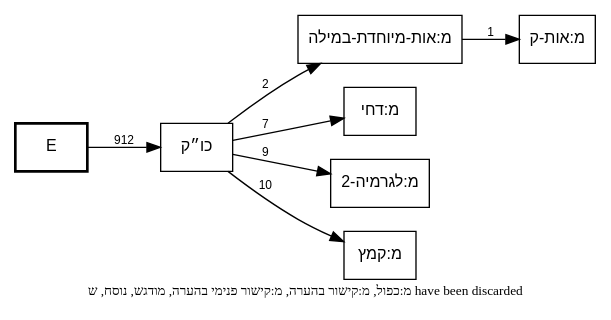
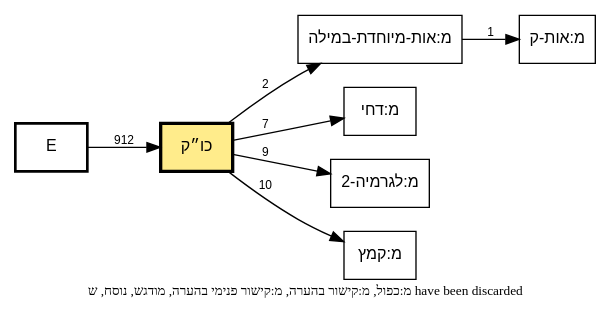
One commit to bdenckla/MAM-basics changed the diagram in out/MAM-tmpl-survey/plus-kuk-call-graph.dot. Above: the diagram before and after it, drawn with Graphviz. The commit also changed 11 other files, not shown here.

First line of the commit message:
Highlight focus node in focused template call graphs

```diff
--- a/out/MAM-tmpl-survey/plus-kuk-call-graph.dot
+++ b/out/MAM-tmpl-survey/plus-kuk-call-graph.dot
@@ -1,26 +1,27 @@
 // This file was generated by MAM-basics/py/main_tmpl_survey.py.
 // Do not edit by hand.
 digraph template_call_graph {
     rankdir=LR;
     node [fontname="SBL Hebrew,Helvetica", fontsize=12];
     edge [fontname="Helvetica", fontsize=9];
     graph [comment="This file was generated by MAM-basics/py/main_tmpl_survey.py."];
 
     // Column nodes
     node [shape=box, style=bold];
     "E";
 
     // Template nodes
     node [shape=box, style=""];
+    "כו״ק" [fillcolor="lightgoldenrod1", style="filled", penwidth=2.5];
 
     // Note
     graph [label="מ:כפול, מ:קישור בהערה, מ:קישור פנימי בהערה, מודגש, נוסח, ש have been discarded", labelloc=b, fontsize=10];
 
     // Edges
     "E" -> "כו״ק" [label="912"];
     "כו״ק" -> "מ:אות-מיוחדת-במילה" [label="2"];
     "כו״ק" -> "מ:דחי" [label="7"];
     "כו״ק" -> "מ:לגרמיה-2" [label="9"];
     "כו״ק" -> "מ:קמץ" [label="10"];
     "מ:אות-מיוחדת-במילה" -> "מ:אות-ק" [label="1"];
 }
```
